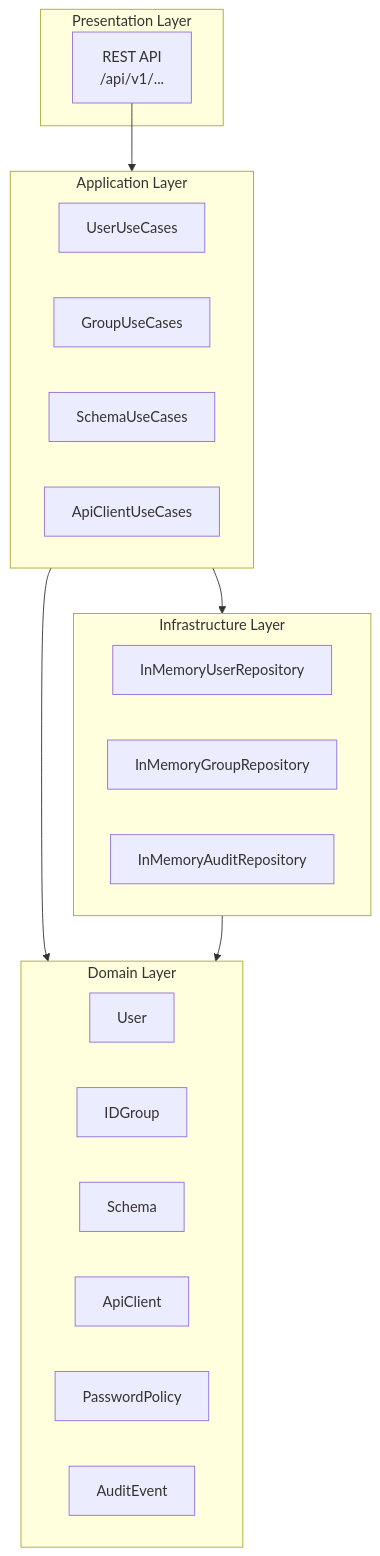
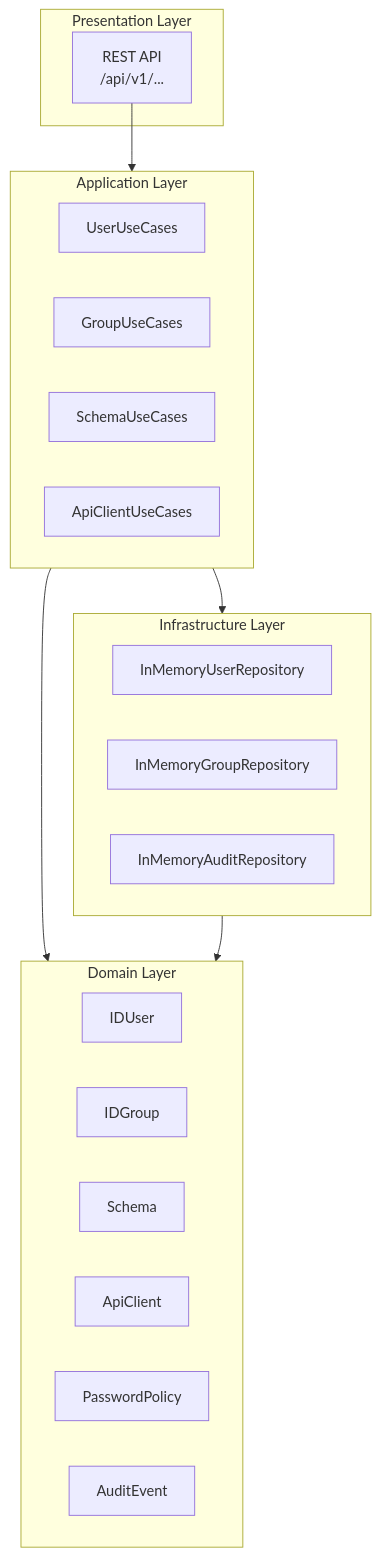
The second of 3 diagrams in identity-directory/docs/UML.md (UIMSolutions/uim-platform), drawn with Mermaid before and after one commit. The commit also changed other lines of this file and 25 other files, not shown here.

````diff
--- a/identity-directory/docs/UML.md
+++ b/identity-directory/docs/UML.md
@@ -57,30 +57,30 @@
 ```mermaid
 flowchart TB
     subgraph Presentation["Presentation Layer"]
         REST["REST API\n/api/v1/..."]
     end
     subgraph Application["Application Layer"]
         USER_UC["UserUseCases"]
         GROUP_UC["GroupUseCases"]
         SCHEMA_UC["SchemaUseCases"]
         CLIENT_UC["ApiClientUseCases"]
     end
     subgraph Domain["Domain Layer"]
-        USER["User"]
+        USER["IDUser"]
         GROUP["IDGroup"]
         SCHEMA["Schema"]
         CLIENT["ApiClient"]
         POLICY["PasswordPolicy"]
         AUDIT["AuditEvent"]
     end
     subgraph Infrastructure["Infrastructure Layer"]
         USER_REPO["InMemoryUserRepository"]
         GROUP_REPO["InMemoryGroupRepository"]
         AUDIT_REPO["InMemoryAuditRepository"]
     end
 
     REST --> Application
     Application --> Domain
     Infrastructure --> Domain
     Application --> Infrastructure
 ```
````
